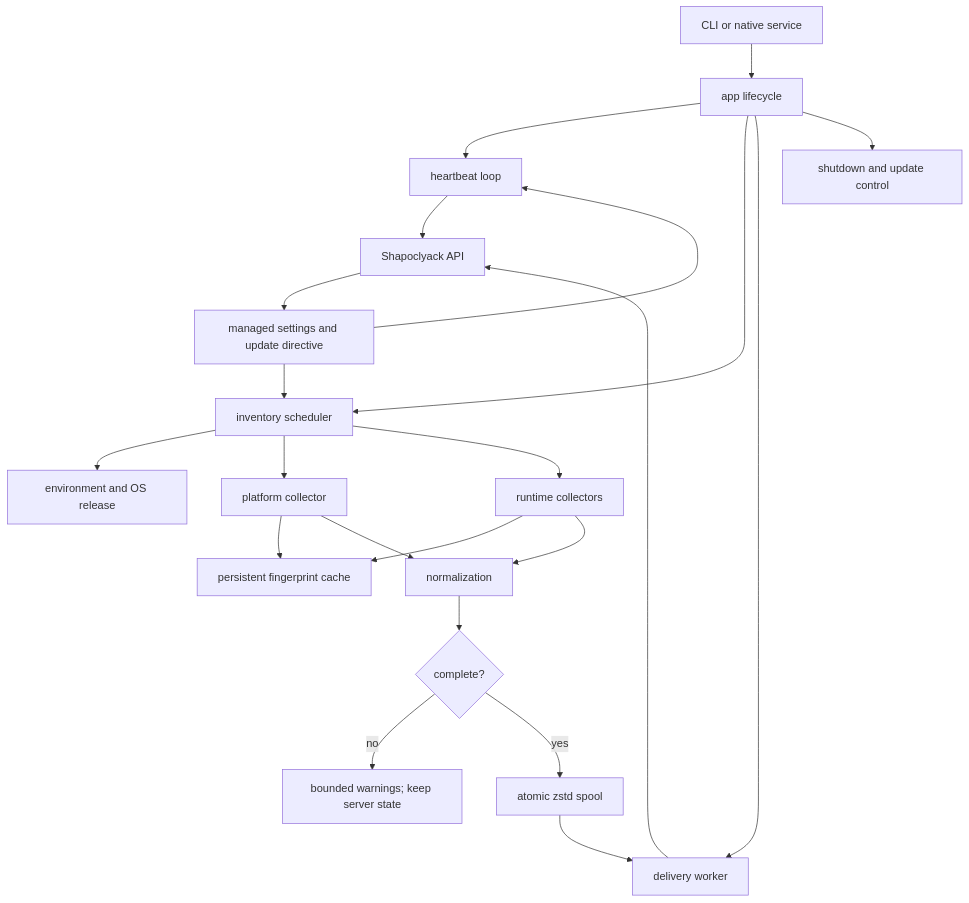
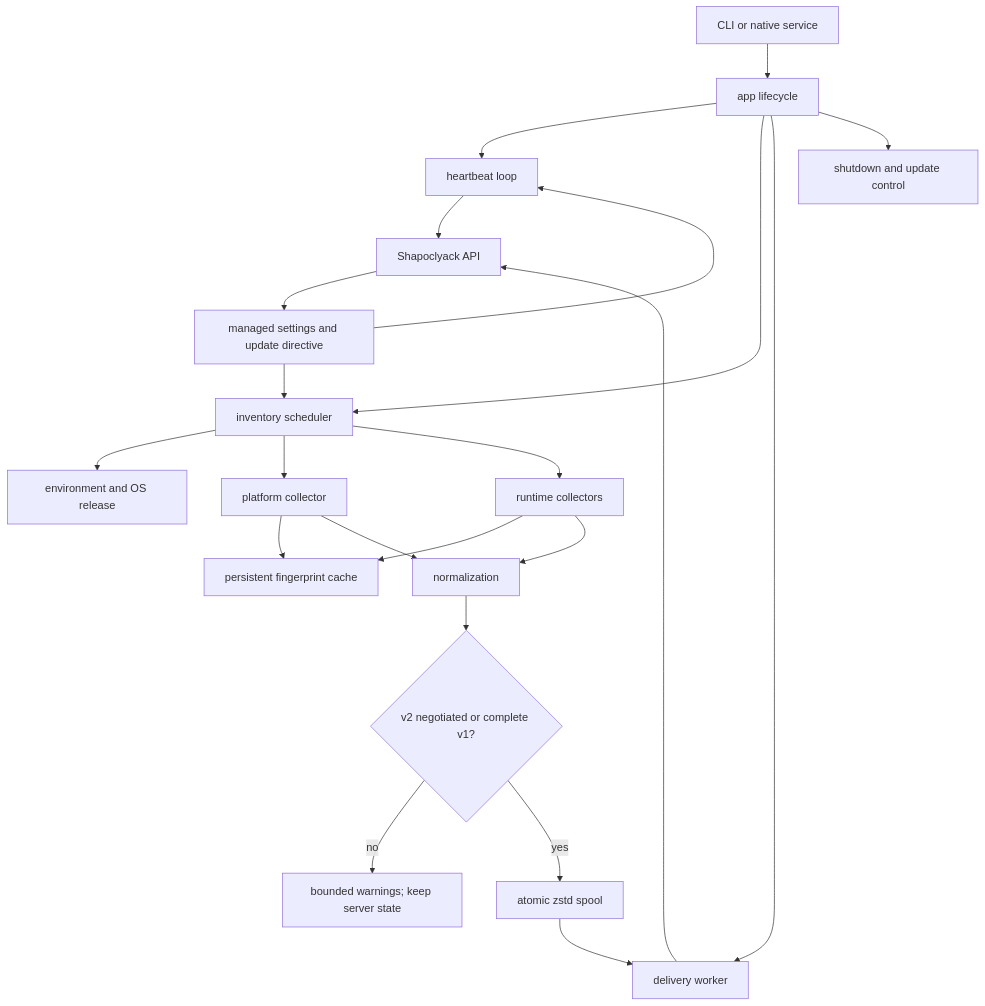
One commit to onixus/Lariska changed the diagram in wiki/Architecture.md. Above: the diagram before and after it, drawn with Mermaid. The commit also changed other lines of this file and 16 other files, not shown here.

````diff
--- a/wiki/Architecture.md
+++ b/wiki/Architecture.md
@@ -5,26 +5,26 @@
 ```mermaid
 flowchart TB
     CLI[CLI or native service] --> APP[app lifecycle]
     APP --> HB[heartbeat loop]
     APP --> SCH[inventory scheduler]
     APP --> DW[delivery worker]
     APP --> CTRL[shutdown and update control]
 
     SCH --> ENV[environment and OS release]
     SCH --> PC[platform collector]
     SCH --> RC[runtime collectors]
     PC --> CACHE[persistent fingerprint cache]
     RC --> CACHE
     PC --> NORM[normalization]
     RC --> NORM
-    NORM --> AUTHZ{complete?}
+    NORM --> AUTHZ{v2 negotiated or complete v1?}
     AUTHZ -- no --> LOG[bounded warnings; keep server state]
     AUTHZ -- yes --> SPOOL[atomic zstd spool]
     SPOOL --> DW
 
     HB --> API[Shapoclyack API]
     DW --> API
     API --> POLICY[managed settings and update directive]
     POLICY --> HB
     POLICY --> SCH
 ```
````
